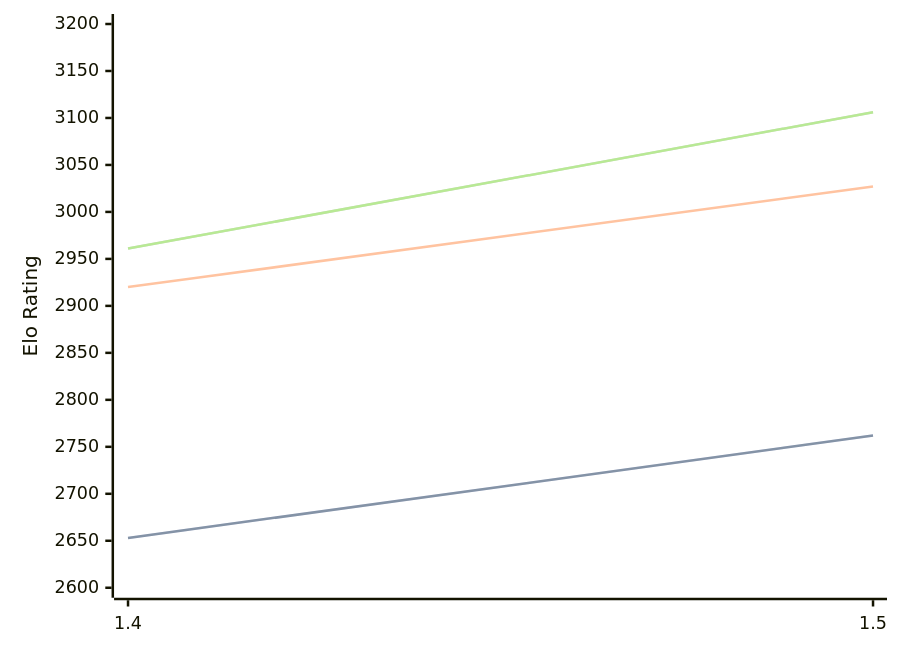
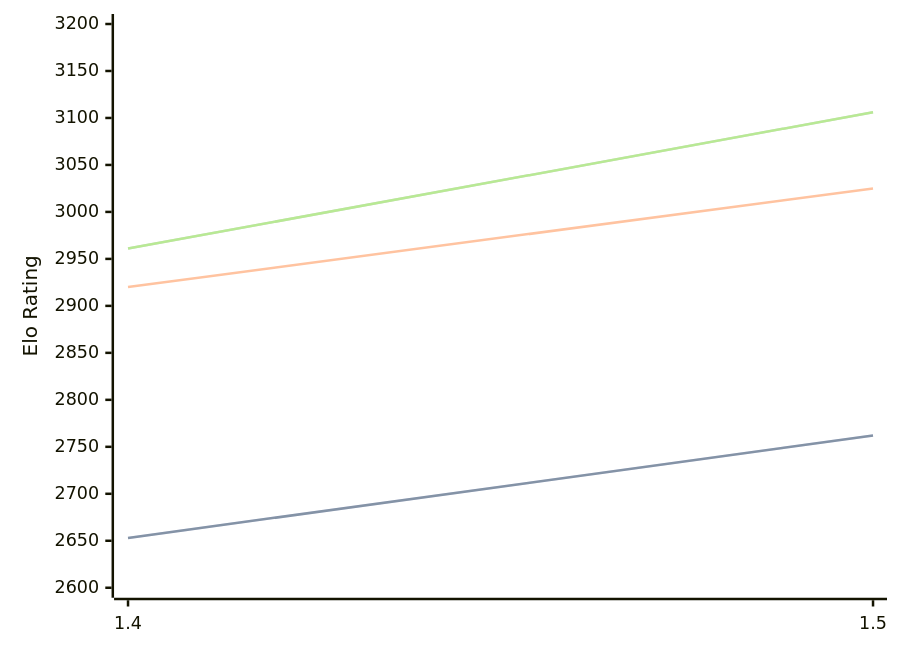
Before and after one commit to computer-chess-index/cci: the diagram in engines/Yakka.md, drawn with Mermaid. The commit also changed other lines of this file, not shown here.

````diff
--- a/engines/Yakka.md
+++ b/engines/Yakka.md
@@ -32,11 +32,11 @@
 ```mermaid
 %%{init: {"theme":"base","themeVariables":{"seriesColors:['#a3a3a3','#222221','#faa371']}}}%%
 xychart-beta
   x-axis ["1.4", "1.5"]
   y-axis "Elo Rating" 2600 --> 3200
   line "" [2653, 2762]
   line "STC (8.0+0.08s)" [2653, 2762]
-  line "LTC (60.0+0.60s)" [2920, 3027]
+  line "LTC (60.0+0.60s)" [2920, 3025]
   line "" [2961, 3106]
   line "VLTC (2m24s+1.12s)" [2961, 3106]
 ```
````
